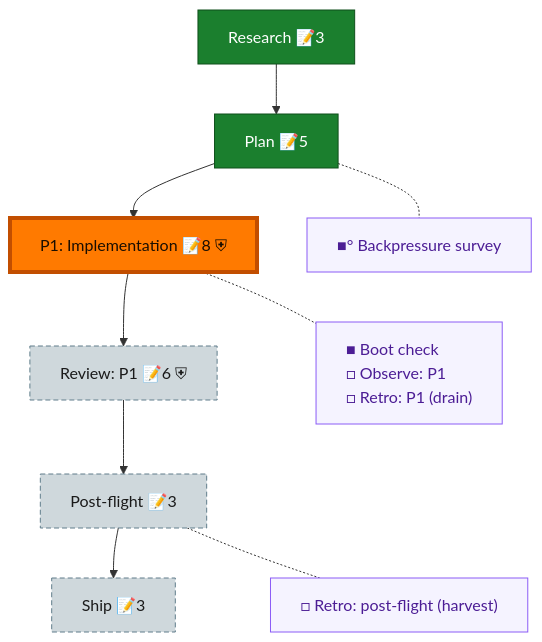
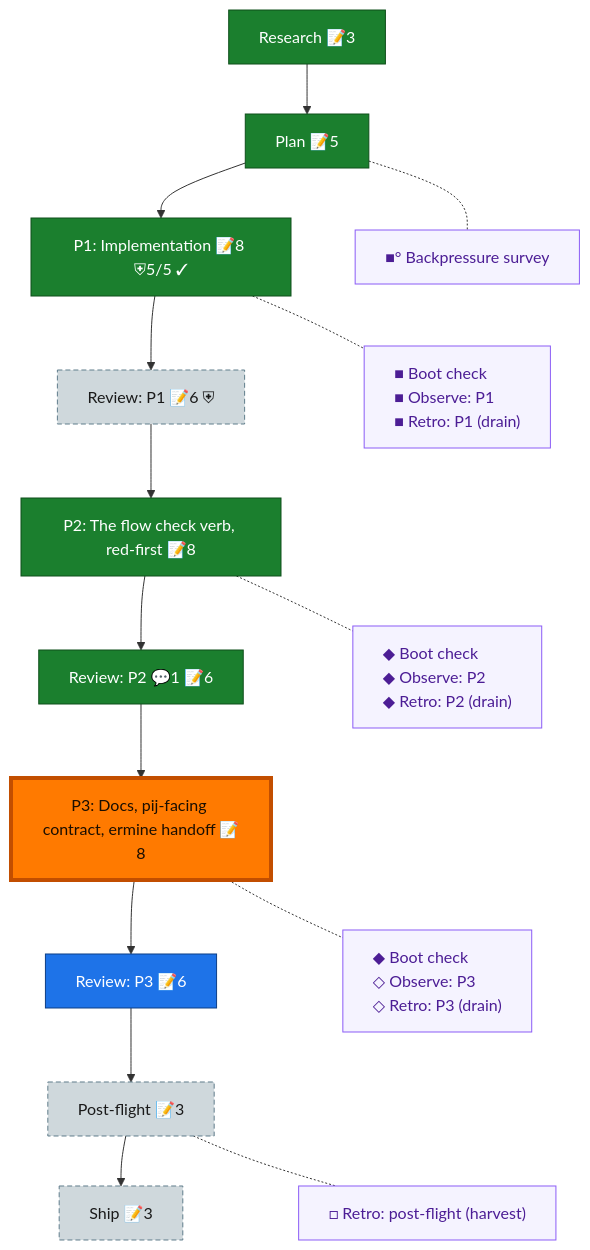
The diagram in docs/plans/081-flow-reachability/the-flow.md (AI-Substrate/harness-engineering), drawn with Mermaid before and after one commit. The commit also changed other lines of this file and 30 other files, not shown here.

First line of the commit message:
docs(081 P3): the reachability guide, the pij contract, and a 12-site doctrine repair

````diff
--- a/docs/plans/081-flow-reachability/the-flow.md
+++ b/docs/plans/081-flow-reachability/the-flow.md
@@ -8,30 +8,38 @@
 ```mermaid
 flowchart TD
     research["Research 📝3"]:::done
     plan["Plan 📝5"]:::done
-    phase_1["P1: Implementation 📝8 ⛨"]:::known
+    phase_1["P1: Implementation 📝8 ⛨5/5 ✓"]:::done
     review_1["Review: P1 📝6 ⛨"]:::assumed
+    phase_2["P2: The flow check verb, red-first 📝8"]:::done
+    review_2["Review: P2 💬1 📝6"]:::done
+    phase_3["P3: Docs, pij-facing contract, ermine handoff 📝8"]:::known
+    review_3["Review: P3 📝6"]:::known
     post_flight["Post-flight 📝3"]:::assumed
     ship["Ship 📝3"]:::assumed
 
-    research --> plan --> phase_1 --> review_1 --> post_flight --> ship
+    research --> plan --> phase_1 --> review_1 --> phase_2 --> review_2 --> phase_3 --> review_3 --> post_flight --> ship
 
     planC["■° Backpressure survey"]:::chore
-    phase_1C["■ Boot check<br/>□ Observe: P1<br/>□ Retro: P1 (drain)"]:::chore
+    phase_1C["■ Boot check<br/>■ Observe: P1<br/>■ Retro: P1 (drain)"]:::chore
+    phase_2C["◆ Boot check<br/>◆ Observe: P2<br/>◆ Retro: P2 (drain)"]:::chore
+    phase_3C["◆ Boot check<br/>◇ Observe: P3<br/>◇ Retro: P3 (drain)"]:::chore
     post_flightC["□ Retro: post-flight (harvest)"]:::chore
 
     %% invisible chain holds the gutter boxes in their own column
-    planC ~~~ phase_1C ~~~ post_flightC
+    planC ~~~ phase_1C ~~~ phase_2C ~~~ phase_3C ~~~ post_flightC
 
     %% dotted links pull each gutter box beside its node
     plan -.- planC
     phase_1 -.- phase_1C
+    phase_2 -.- phase_2C
+    phase_3 -.- phase_3C
     post_flight -.- post_flightC
 
     classDef done fill:#1B7F2E,stroke:#0F4F1B,color:#fff;
     classDef known fill:#1E73E8,stroke:#0D3F86,color:#fff;
     classDef assumed fill:#CFD8DC,stroke:#607D8B,color:#1a1a1a,stroke-dasharray:5 3;
     classDef chore fill:#f5f3ff,stroke:#8b5cf6,color:#4c1d95,text-align:left;
     classDef current fill:#FF7A00,stroke:#C24E00,color:#1a0e00,stroke-width:4px;
-    class phase_1 current;
+    class phase_3 current;
 ```
````
